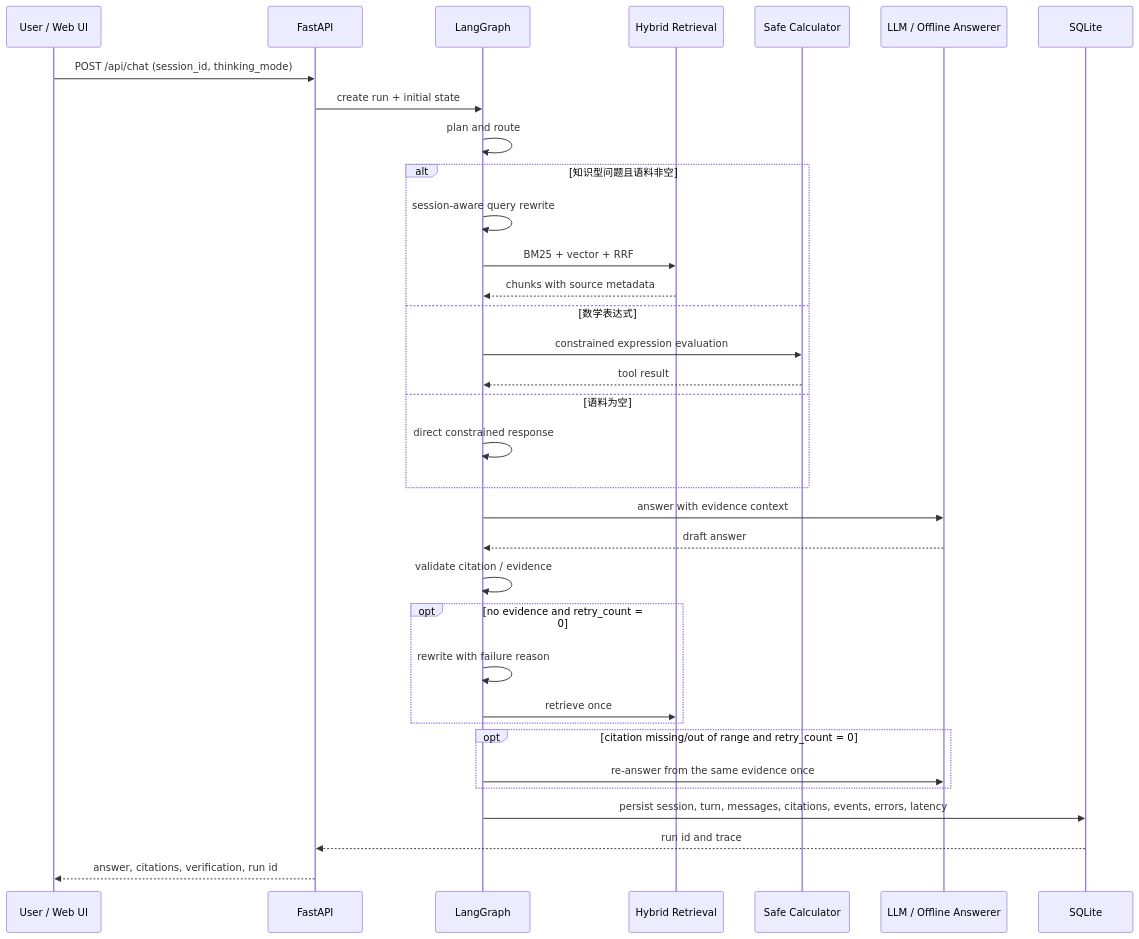
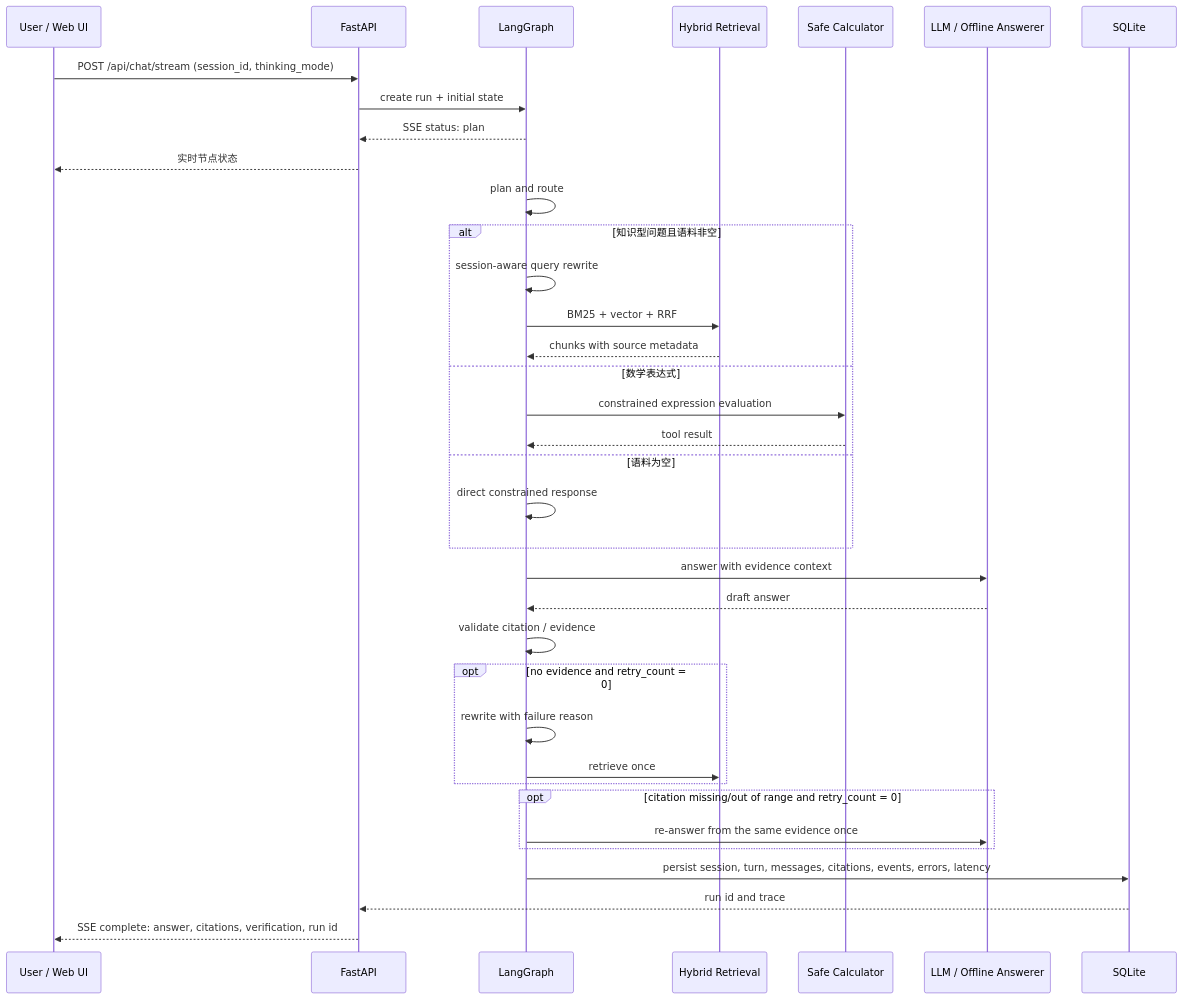
The first of 2 diagrams in docs/architecture-and-decisions.md (francis3253161180-maker/researchflow-agent), drawn with Mermaid before and after one commit. The commit also changed other lines of this file and 14 other files, not shown here.

Commit message:
feat: stream agent progress in chat UI

````diff
--- a/docs/architecture-and-decisions.md
+++ b/docs/architecture-and-decisions.md
@@ -29,37 +29,39 @@
 ```mermaid
 sequenceDiagram
     participant U as User / Web UI
     participant A as FastAPI
     participant G as LangGraph
     participant R as Hybrid Retrieval
     participant T as Safe Calculator
     participant L as LLM / Offline Answerer
     participant D as SQLite
 
-    U->>A: POST /api/chat (session_id, thinking_mode)
+    U->>A: POST /api/chat/stream (session_id, thinking_mode)
     A->>G: create run + initial state
+    G-->>A: SSE status: plan
+    A-->>U: 实时节点状态
     G->>G: plan and route
     alt 知识型问题且语料非空
         G->>G: session-aware query rewrite
         G->>R: BM25 + vector + RRF
         R-->>G: chunks with source metadata
     else 数学表达式
         G->>T: constrained expression evaluation
         T-->>G: tool result
     else 语料为空
         G->>G: direct constrained response
     end
     G->>L: answer with evidence context
     L-->>G: draft answer
     G->>G: validate citation / evidence
     opt no evidence and retry_count = 0
         G->>G: rewrite with failure reason
         G->>R: retrieve once
     end
     opt citation missing/out of range and retry_count = 0
         G->>L: re-answer from the same evidence once
     end
     G->>D: persist session, turn, messages, citations, events, errors, latency
     D-->>A: run id and trace
-    A-->>U: answer, citations, verification, run id
+    A-->>U: SSE complete: answer, citations, verification, run id
 ```
````
